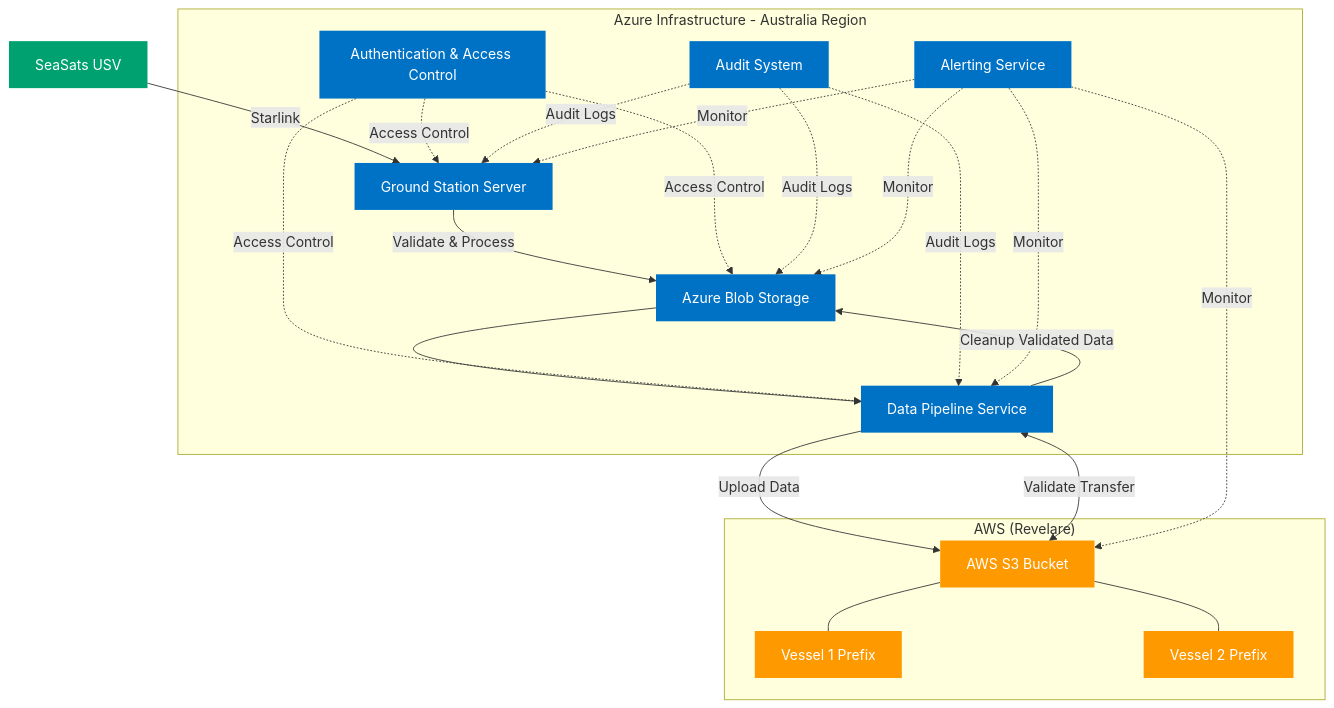
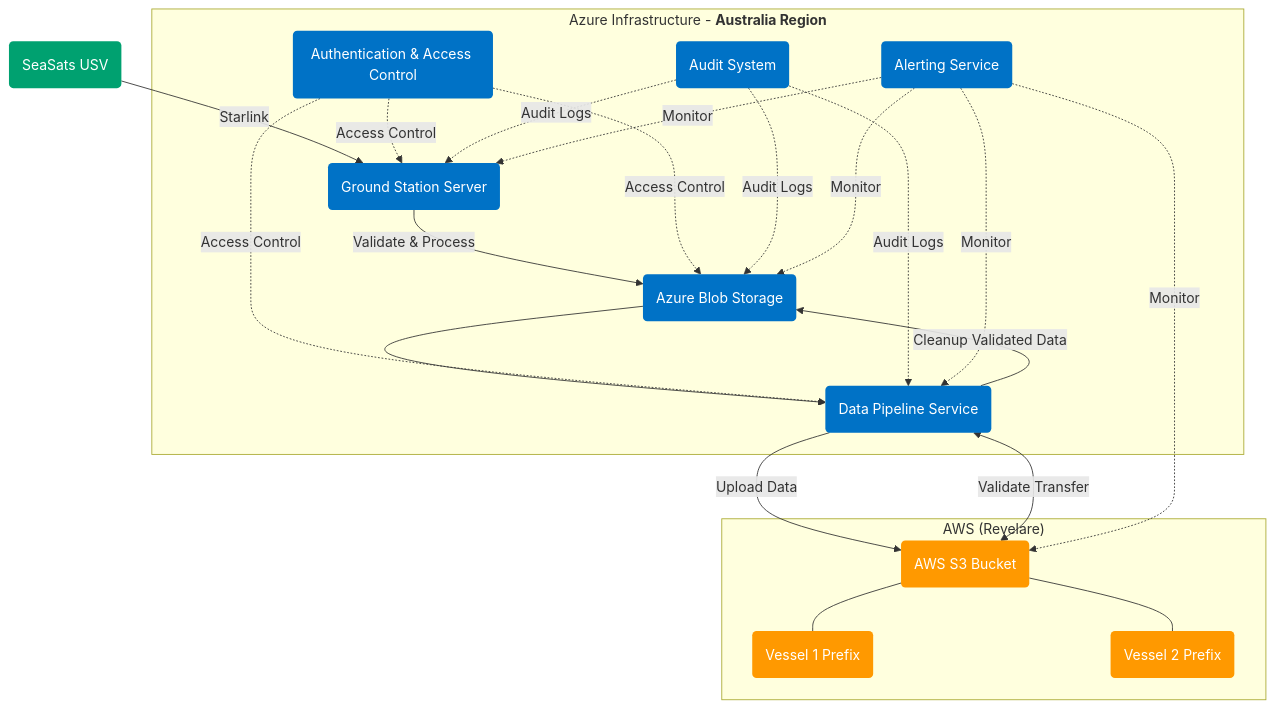
Before and after one commit to CAST-Intelligence/elysium-usv: the first of 2 diagrams in README.md, drawn with Mermaid.

Commit message:
Update system diagram with rounded corners for all boxes

````diff
--- a/README.md
+++ b/README.md
@@ -11,48 +11,48 @@
 ```mermaid
 flowchart TD
-    USV[SeaSats USV] -->|Starlink| GS[Ground Station Server]
-    GS -->|Validate & Process| ABS[Azure Blob Storage]
-    ABS --> DPS[Data Pipeline Service]
+    USV(SeaSats USV) -->|Starlink| GS(Ground Station Server)
+    GS -->|Validate & Process| ABS(Azure Blob Storage)
+    ABS --> DPS(Data Pipeline Service)
     
-    subgraph "Azure Infrastructure - Australia Region"
+    subgraph AZ["`Azure Infrastructure - **Australia Region**`"]
         GS
         ABS
         DPS
-        AAC[Authentication & Access Control]
-        AS[Audit System]
-        AL[Alerting Service]
+        AAC(Authentication & Access Control)
+        AS(Audit System)
+        AL(Alerting Service)
     end
     
     subgraph "AWS (Revelare)"
-        S3[AWS S3 Bucket]
-        S3P1[Vessel 1 Prefix]
-        S3P2[Vessel 2 Prefix]
+        S3(AWS S3 Bucket)
+        S3P1(Vessel 1 Prefix)
+        S3P2(Vessel 2 Prefix)
         S3 --- S3P1
         S3 --- S3P2
     end
     
     DPS -->|Upload Data| S3
     DPS <-->|Validate Transfer| S3
     DPS -->|Cleanup Validated Data| ABS
     
     AAC -.->|Access Control| GS
     AAC -.->|Access Control| ABS
     AAC -.->|Access Control| DPS
     
     AS -.->|Audit Logs| GS
     AS -.->|Audit Logs| ABS
     AS -.->|Audit Logs| DPS
     
     AL -.->|Monitor| GS
     AL -.->|Monitor| ABS
     AL -.->|Monitor| DPS
     AL -.->|Monitor| S3
     
     classDef azure fill:#0072C6,color:white,stroke:none;
     classDef aws fill:#FF9900,color:white,stroke:none;
     classDef usv fill:#00A170,color:white,stroke:none;
     
     class GS,ABS,DPS,AAC,AS,AL azure;
     class S3,S3P1,S3P2 aws;
     class USV usv;
 ```
````
